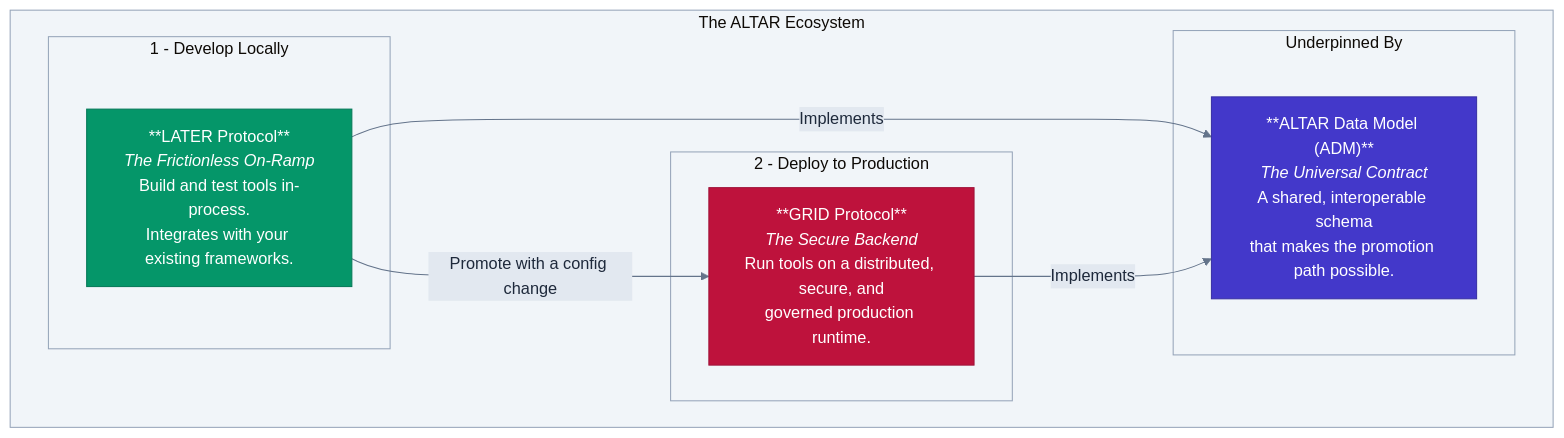
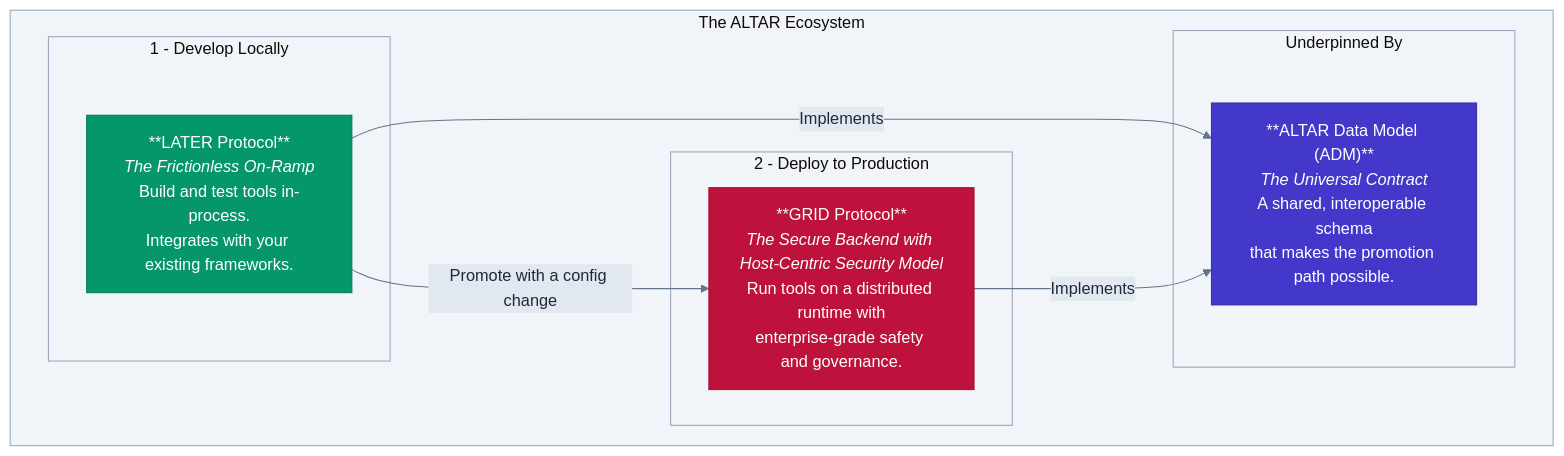
The diagram in README.md (nshkrdotcom/ALTAR), drawn with Mermaid before and after one commit. The commit also changed other lines of this file and 6 other files, not shown here.

````diff
--- a/README.md
+++ b/README.md
@@ -41,41 +41,41 @@
 ```mermaid
 %%{
   init: {
     'theme': 'base',
     'themeVariables': {
       'background': '#ffffff',
       'primaryColor': '#f8fafc',
       'primaryTextColor': '#1e293b',
       'lineColor': '#64748b',
       'secondaryColor': '#e2e8f0',
       'tertiaryColor': '#f1f5f9',
       'primaryBorderColor': '#e2e8f0',
       'secondaryBorderColor': '#cbd5e1',
       'tertiaryBorderColor': '#94a3b8'
     }
   }
 }%%
 graph TD
     subgraph "The ALTAR Ecosystem"
         
         subgraph "1 - Develop Locally"
             LATER["**LATER Protocol**<br/><i>The Frictionless On-Ramp</i><br/>Build and test tools in-process.<br/>Integrates with your existing frameworks."]
         end
         
         subgraph "2 - Deploy to Production"
-            GRID["**GRID Protocol**<br/><i>The Secure Backend</i><br/>Run tools on a distributed, secure, and<br/>governed production runtime."]
+            GRID["**GRID Protocol**<br/><i>The Secure Backend with Host-Centric Security Model</i><br/>Run tools on a distributed runtime with<br/>enterprise-grade safety and governance."]
         end
 
         subgraph "Underpinned By"
             ADM["**ALTAR Data Model (ADM)**<br/><i>The Universal Contract</i><br/>A shared, interoperable schema<br/>that makes the promotion path possible."]
         end
     end
     
     LATER -- "Promote with a config change" --> GRID
     LATER -- "Implements" --> ADM
     GRID -- "Implements" --> ADM
 
     style LATER fill:#059669,stroke:#047857,color:#ffffff,fontWeight:bold
     style GRID fill:#be123c,stroke:#9f1239,color:#ffffff,fontWeight:bold
     style ADM fill:#4338ca,stroke:#3730a3,color:#ffffff
 ```
````
